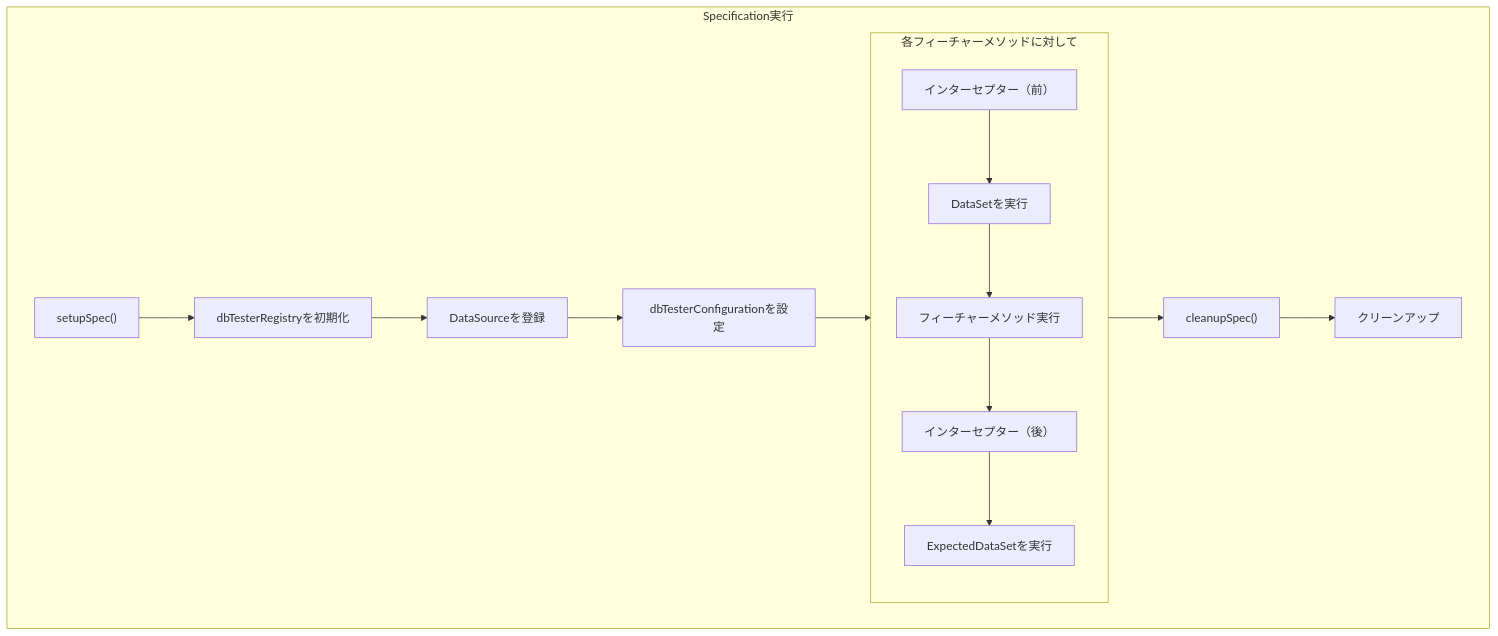
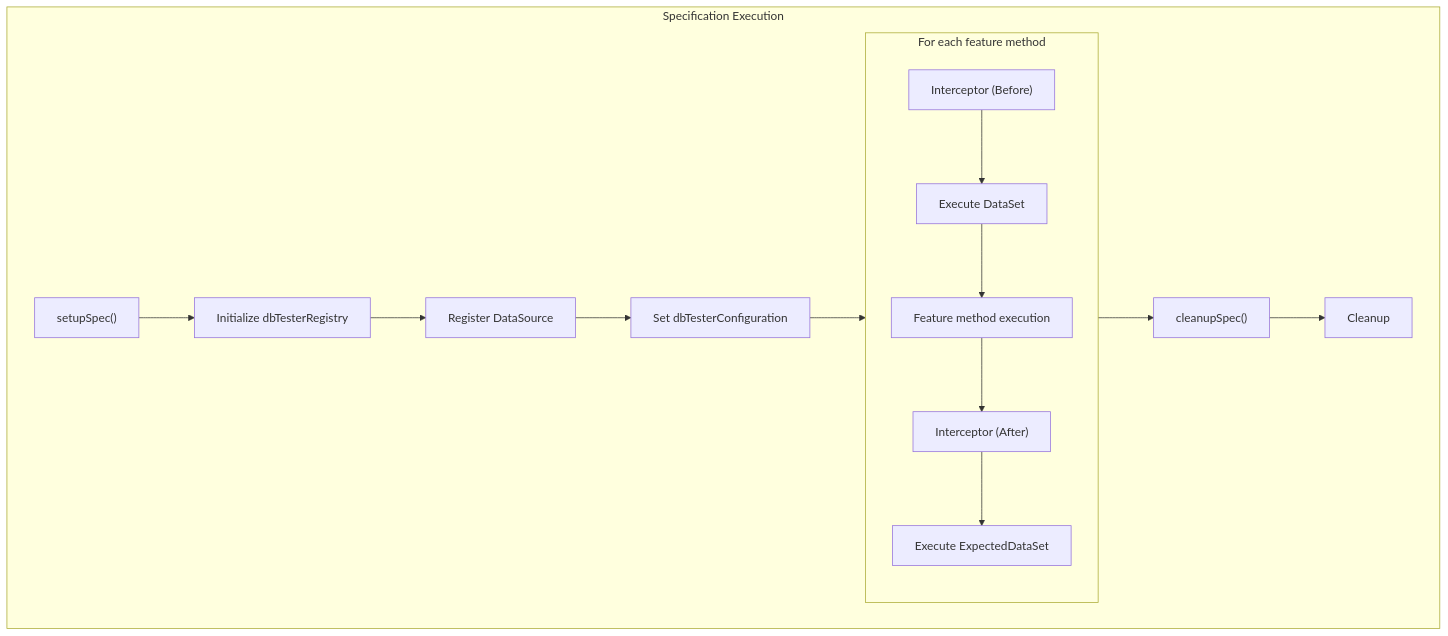
Before and after one commit to seijikohara/db-tester: the second of 3 diagrams in docs/specs/ja/lifecycle.md, drawn with Mermaid. The commit also changed other lines of this file and 141 other files, not shown here.

````diff
--- a/docs/specs/ja/lifecycle.md
+++ b/docs/specs/ja/lifecycle.md
@@ -38,21 +38,21 @@
 ```mermaid
 flowchart TD
-    subgraph Specification実行
+    subgraph Specification Execution
         SS["setupSpec()"]
-        SS --> SS1[dbTesterRegistryを初期化]
-        SS1 --> SS2[DataSourceを登録]
-        SS2 --> SS3[dbTesterConfigurationを設定]
+        SS --> SS1[Initialize dbTesterRegistry]
+        SS1 --> SS2[Register DataSource]
+        SS2 --> SS3[Set dbTesterConfiguration]
 
-        subgraph each["各フィーチャーメソッドに対して"]
-            INT1["インターセプター（前）"]
-            INT1 --> INT1A["DataSetを実行"]
-            INT1A --> FM[フィーチャーメソッド実行]
-            FM --> INT2["インターセプター（後）"]
-            INT2 --> INT2A["ExpectedDataSetを実行"]
+        subgraph each["For each feature method"]
+            INT1["Interceptor (Before)"]
+            INT1 --> INT1A["Execute DataSet"]
+            INT1A --> FM[Feature method execution]
+            FM --> INT2["Interceptor (After)"]
+            INT2 --> INT2A["Execute ExpectedDataSet"]
         end
 
         SS3 --> each
         each --> CS["cleanupSpec()"]
-        CS --> CS1[クリーンアップ]
+        CS --> CS1[Cleanup]
     end
 ```
````
